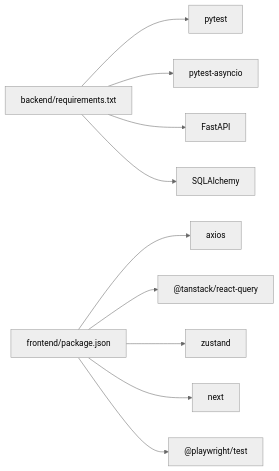
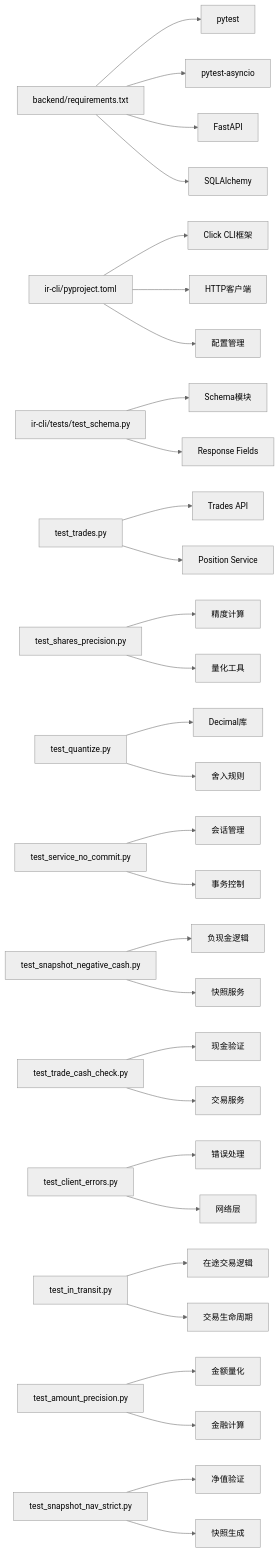
Diagram 24 of 24 in .qoder/repowiki/zh/content/开发指南/测试策略/测试策略.md (gujialind/InvestRing), drawn with Mermaid (neutral theme) before and after one commit. The commit also changed other lines of this file and 64 other files, not shown here.

````diff
--- a/.qoder/repowiki/zh/content/开发指南/测试策略/测试策略.md
+++ b/.qoder/repowiki/zh/content/开发指南/测试策略/测试策略.md
@@ -514,12 +1296,32 @@
 ```mermaid
 graph LR
 BReq["backend/requirements.txt"] --> Py["pytest"]
 BReq --> PyA["pytest-asyncio"]
 BReq --> FA["FastAPI"]
 BReq --> SA["SQLAlchemy"]
-FPkg["frontend/package.json"] --> AX["axios"]
-FPkg --> RQ["@tanstack/react-query"]
-FPkg --> ZU["zustand"]
-FPkg --> NX["next"]
-FPkg --> PW["@playwright/test"]
+CLIReq["ir-cli/pyproject.toml"] --> Click["Click CLI框架"]
+CLIReq --> HTTP["HTTP客户端"]
+CLIReq --> Config["配置管理"]
+SchemaReq["ir-cli/tests/test_schema.py"] --> SchemaMod["Schema模块"]
+SchemaReq --> RF["Response Fields"]
+TradesReq["test_trades.py"] --> TradesAPI["Trades API"]
+TradesReq --> PositionSvc["Position Service"]
+PrecisionReq["test_shares_precision.py"] --> PrecisionCalc["精度计算"]
+PrecisionReq --> QuantizeUtil["量化工具"]
+QuantizeReq["test_quantize.py"] --> DecimalLib["Decimal库"]
+QuantizeReq --> RoundRules["舍入规则"]
+NoCommitReq["test_service_no_commit.py"] --> SessionMgr["会话管理"]
+NoCommitReq --> TransactionCtrl["事务控制"]
+NegCashReq["test_snapshot_negative_cash.py"] --> NegCashLogic["负现金逻辑"]
+NegCashReq --> SnapshotSvc["快照服务"]
+CashCheckReq["test_trade_cash_check.py"] --> CashValidation["现金验证"]
+CashCheckReq --> TradeSvc["交易服务"]
+ErrHandleReq["test_client_errors.py"] --> ErrorHandling["错误处理"]
+ErrHandleReq --> NetworkLayer["网络层"]
+InTransitReq["test_in_transit.py"] --> InTransitLogic["在途交易逻辑"]
+InTransitReq --> TradeLifecycle["交易生命周期"]
+AmountPrecReq["test_amount_precision.py"] --> AmountQuant["金额量化"]
+AmountPrecReq --> FinancialCalc["金融计算"]
+NavStrictReq["test_snapshot_nav_strict.py"] --> NavValidation["净值验证"]
+NavStrictReq --> SnapshotGen["快照生成"]
 ```
````
